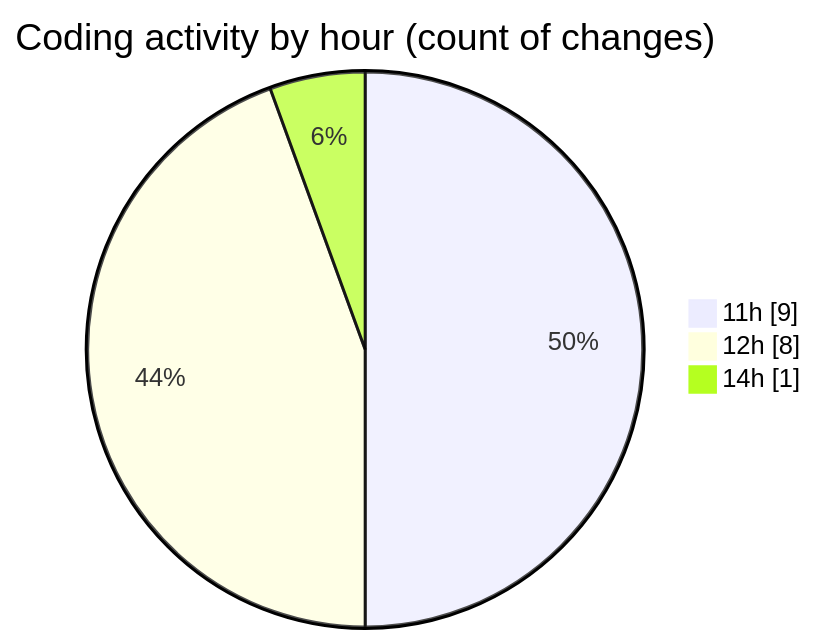
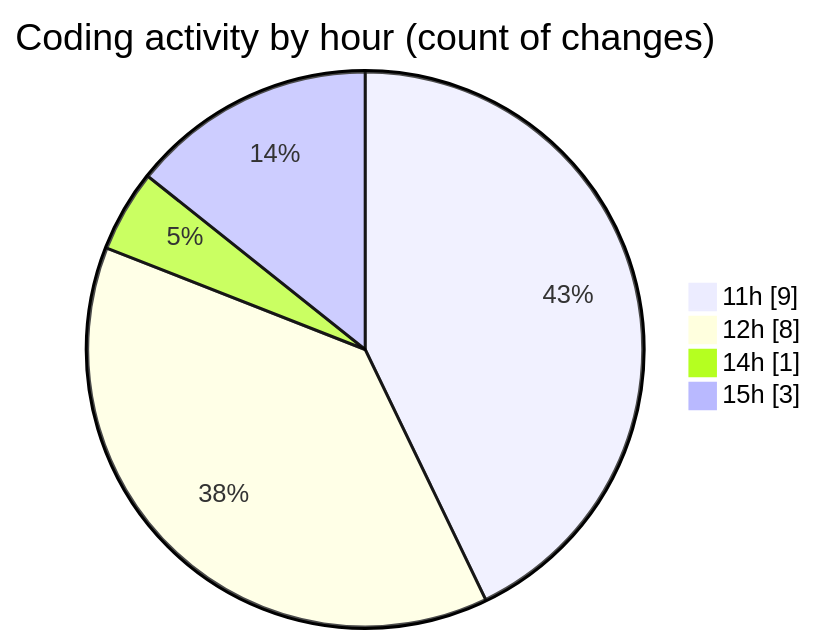
One commit to debugP/code-tracking changed the second of 2 diagrams in 2026-07-09/wp-content/README.md. Above: the diagram before and after it, drawn with Mermaid. The commit also changed other lines of this file and 1 other file, not shown here.

````diff
--- a/2026-07-09/wp-content/README.md
+++ b/2026-07-09/wp-content/README.md
@@ -32,7 +32,8 @@
 ```mermaid
 pie showData
 title Coding activity by hour (count of changes)
 "11h" : 9
 "12h" : 8
 "14h" : 1
+"15h" : 3
 ```
````
